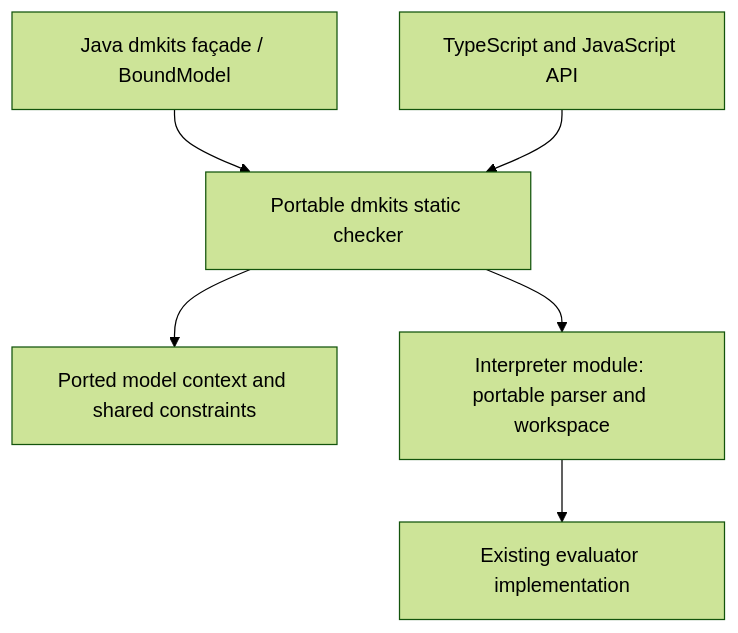
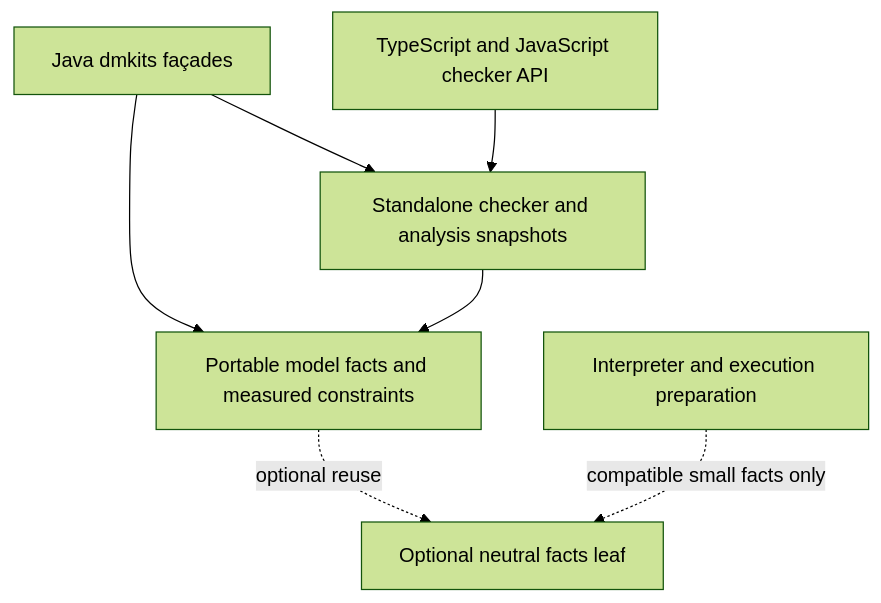
Before and after one commit to mbackschat/a12-dmkits: the first of 2 diagrams in docs/PORTABLE-CONSISTENCY-PROPOSAL.md, drawn with Mermaid (forest theme). The commit also changed other lines of this file and 1 other file, not shown here.

First line of the commit message:
docs(consistency): separate checker preparation from execution

````diff
--- a/docs/PORTABLE-CONSISTENCY-PROPOSAL.md
+++ b/docs/PORTABLE-CONSISTENCY-PROPOSAL.md
@@ -177,8 +209,9 @@
 ```mermaid
 flowchart TD
-    J[Java dmkits façade / BoundModel] --> V[Portable dmkits static checker]
-    T[TypeScript and JavaScript API] --> V
-    V --> C[Ported model context and shared constraints]
-    V --> I[Interpreter module: portable parser and workspace]
-    I --> E[Existing evaluator implementation]
+    J[Java dmkits façades] --> C[Portable model facts and measured constraints]
+    T[TypeScript and JavaScript checker API] --> V[Standalone checker and analysis snapshots]
+    J --> V
+    V --> C
+    I[Interpreter and execution preparation] -. compatible small facts only .-> F[Optional neutral facts leaf]
+    C -. optional reuse .-> F
 ```
````
